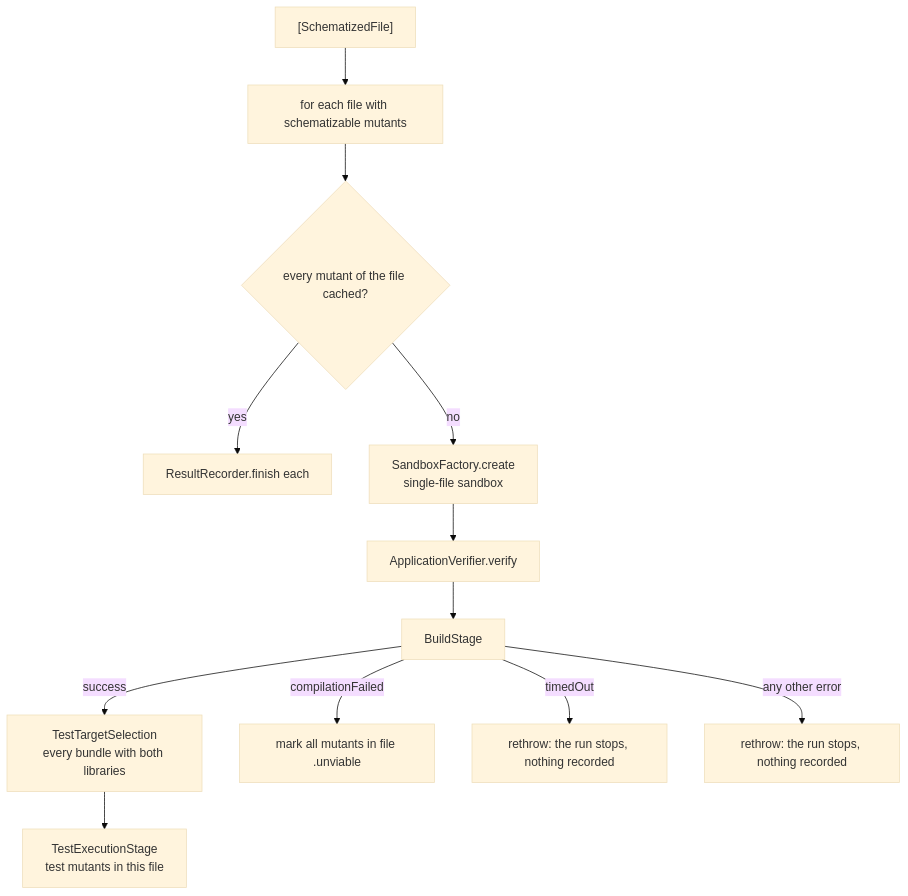
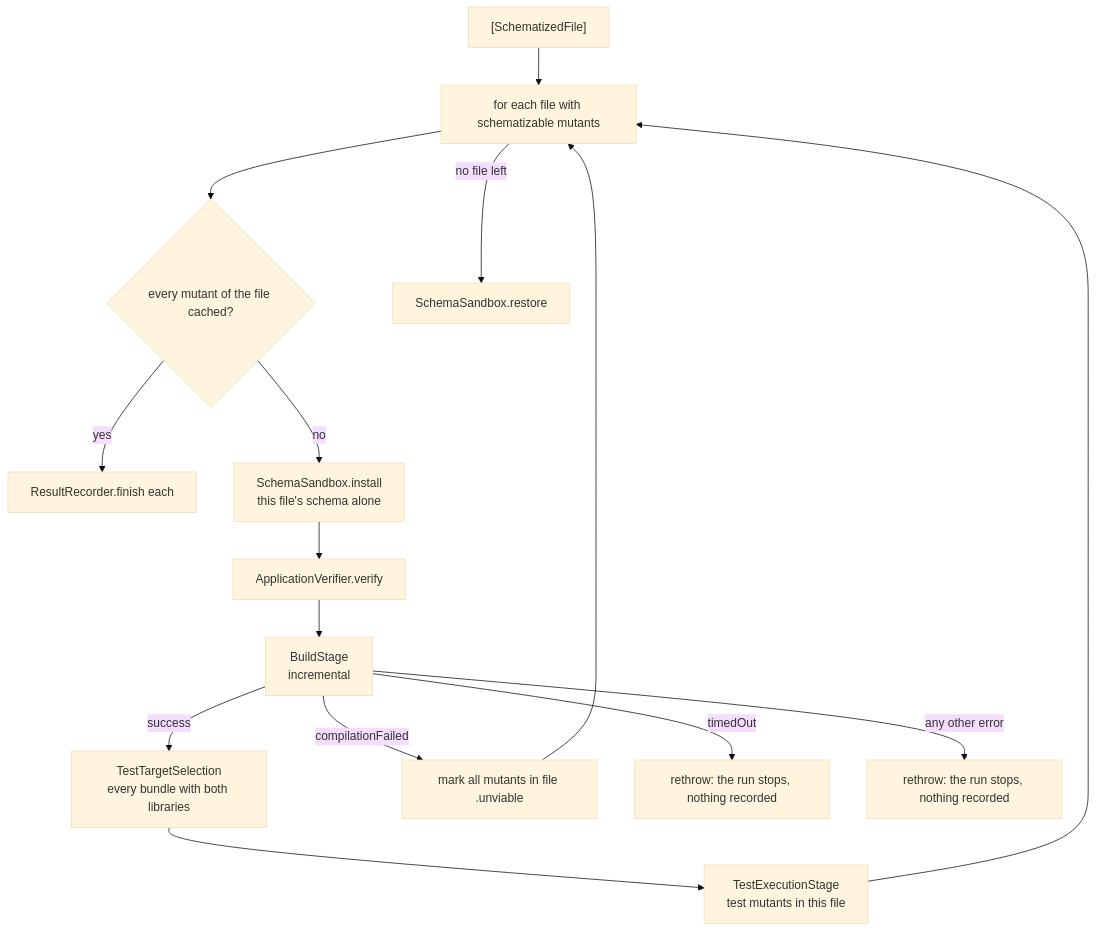
Before and after one commit to ericodx/swift-mutation-testing: the fifth of 6 diagrams in Docs/CodeBase/07-execution.md, drawn with Mermaid (base theme). The commit also changed other lines of this file and 5 other files, not shown here.

Commit message:
docs: describe the schema sandbox every path of a run shares, restored and rebuilt incrementally for the unmutated checks, the fallback and the first warm sandbox

````diff
--- a/Docs/CodeBase/07-execution.md
+++ b/Docs/CodeBase/07-execution.md
@@ -683,14 +700,17 @@
 ```mermaid
 flowchart TD
     FILES["[SchematizedFile]"] --> LOOP["for each file with schematizable mutants"]
     LOOP --> CACHED{"every mutant of the file cached?"}
     CACHED -- yes --> FINISH["ResultRecorder.finish each"]
-    CACHED -- no --> SF["SandboxFactory.create<br>single-file sandbox"]
+    CACHED -- no --> SF["SchemaSandbox.install<br>this file's schema alone"]
     SF --> VERIFY["ApplicationVerifier.verify"]
-    VERIFY --> BS["BuildStage"]
+    VERIFY --> BS["BuildStage<br>incremental"]
     BS -- success --> SEL["TestTargetSelection<br>every bundle with both libraries"]
     SEL --> TES["TestExecutionStage<br>test mutants in this file"]
     BS -- compilationFailed --> UNVIABLE["mark all mutants in file .unviable"]
     BS -- timedOut --> STOP["rethrow: the run stops, nothing recorded"]
     BS -- "any other error" --> THROW["rethrow: the run stops, nothing recorded"]
+    TES --> LOOP
+    UNVIABLE --> LOOP
+    LOOP -- "no file left" --> RESTORE["SchemaSandbox.restore"]
 ```
````
